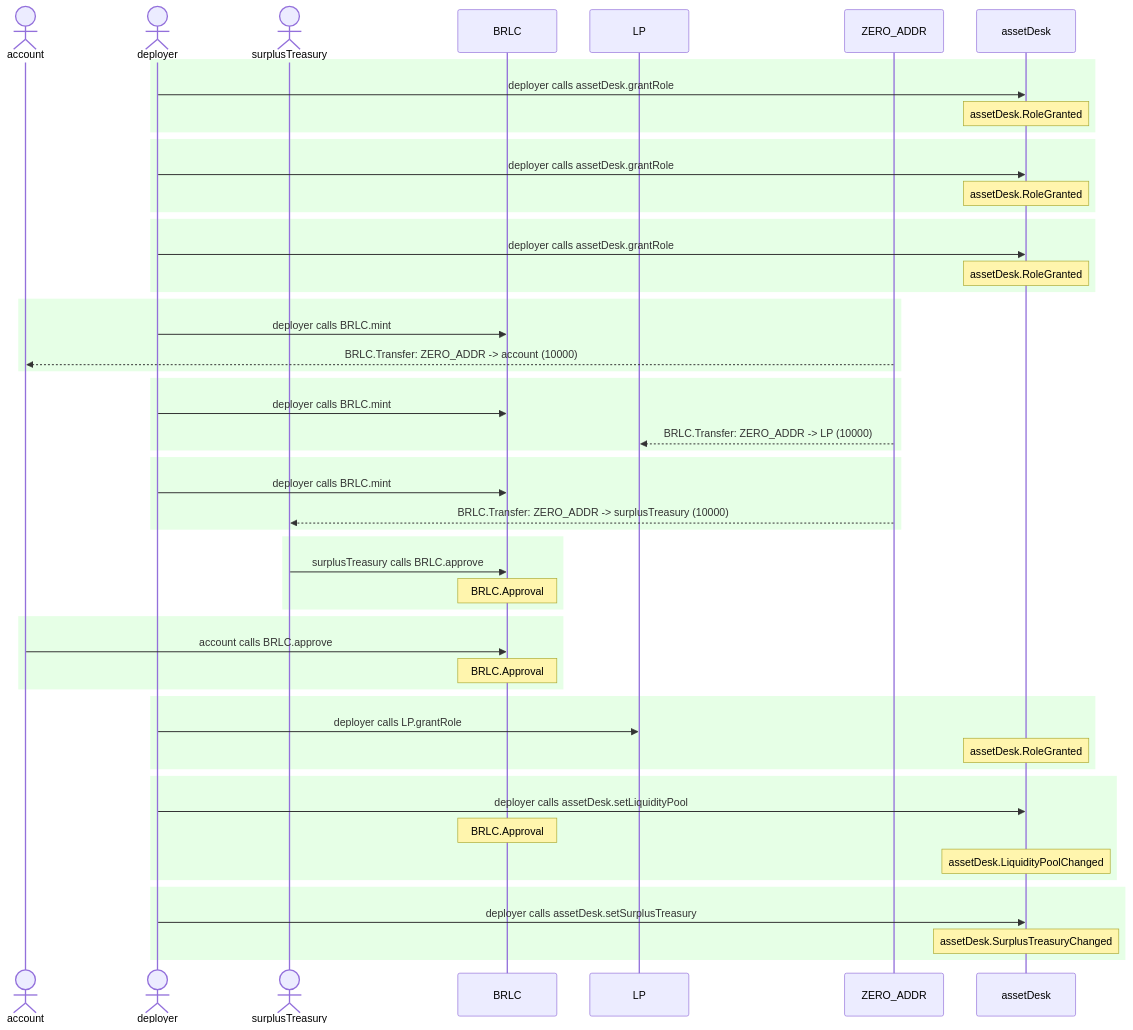
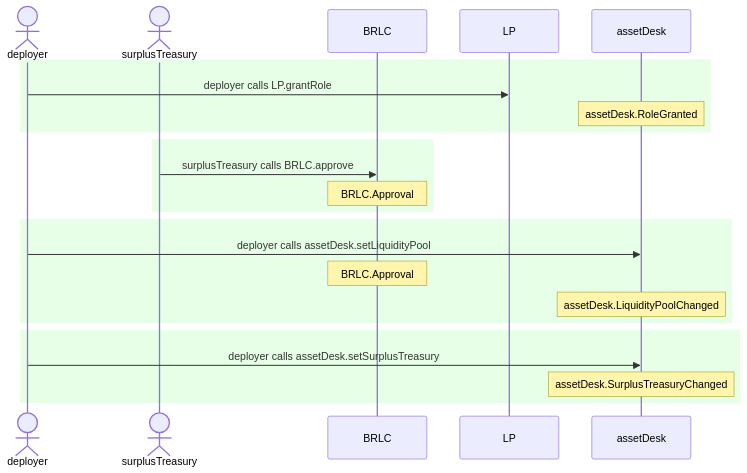
One commit to cloudwalk/brlc-asset-transit-desk changed the second of 2 diagrams in test/__snapshots__humans__/AssetTransitDesk.test.md. Above: the diagram before and after it, drawn with Mermaid. The commit also changed other lines of this file and 4 other files, not shown here.

````diff
--- a/test/__snapshots__humans__/AssetTransitDesk.test.md
+++ b/test/__snapshots__humans__/AssetTransitDesk.test.md
@@ -127,55 +120,25 @@
 ```mermaid
 sequenceDiagram
-  actor account
   actor deployer
   actor surplusTreasury
   participant BRLC
   participant LP
-  participant ZERO_ADDR
   participant assetDesk
   rect rgb(230,255,230)
-    deployer->>assetDesk: deployer calls assetDesk.grantRole
+    deployer->>LP: deployer calls LP.grantRole
     Note over assetDesk: assetDesk.RoleGranted
-  end
-  rect rgb(230,255,230)
-    deployer->>assetDesk: deployer calls assetDesk.grantRole
-    Note over assetDesk: assetDesk.RoleGranted
-  end
-  rect rgb(230,255,230)
-    deployer->>assetDesk: deployer calls assetDesk.grantRole
-    Note over assetDesk: assetDesk.RoleGranted
-  end
-  rect rgb(230,255,230)
-    deployer->>BRLC: deployer calls BRLC.mint
-    ZERO_ADDR-->>account: BRLC.Transfer: ZERO_ADDR -> account (10000)
-  end
-  rect rgb(230,255,230)
-    deployer->>BRLC: deployer calls BRLC.mint
-    ZERO_ADDR-->>LP: BRLC.Transfer: ZERO_ADDR -> LP (10000)
-  end
-  rect rgb(230,255,230)
-    deployer->>BRLC: deployer calls BRLC.mint
-    ZERO_ADDR-->>surplusTreasury: BRLC.Transfer: ZERO_ADDR -> surplusTreasury (10000)
   end
   rect rgb(230,255,230)
     surplusTreasury->>BRLC: surplusTreasury calls BRLC.approve
     Note over BRLC: BRLC.Approval
-  end
-  rect rgb(230,255,230)
-    account->>BRLC: account calls BRLC.approve
-    Note over BRLC: BRLC.Approval
-  end
-  rect rgb(230,255,230)
-    deployer->>LP: deployer calls LP.grantRole
-    Note over assetDesk: assetDesk.RoleGranted
   end
   rect rgb(230,255,230)
     deployer->>assetDesk: deployer calls assetDesk.setLiquidityPool
     Note over BRLC: BRLC.Approval
     Note over assetDesk: assetDesk.LiquidityPoolChanged
   end
   rect rgb(230,255,230)
     deployer->>assetDesk: deployer calls assetDesk.setSurplusTreasury
     Note over assetDesk: assetDesk.SurplusTreasuryChanged
   end
 ```
````
